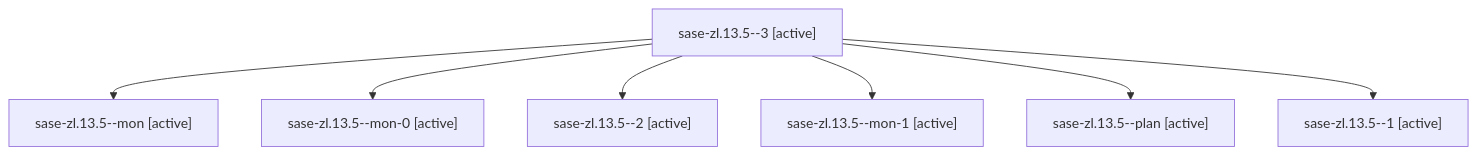
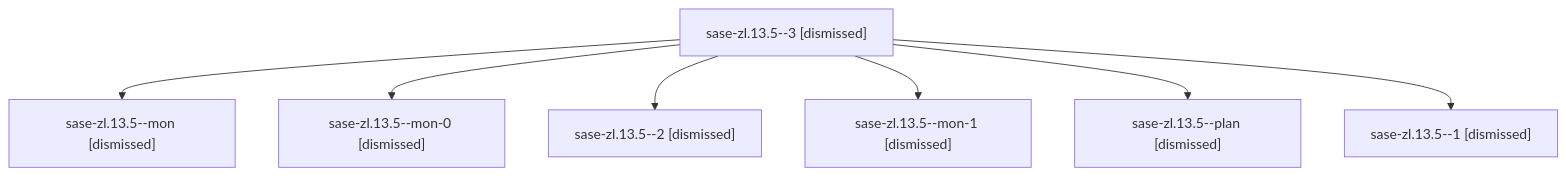
One commit to sase-org/sase--agents changed the diagram in sessions/bbugyi200.athena.sase-zl.13.5.md. Above: the diagram before and after it, drawn with Mermaid. The commit also changed other lines of this file and 211 other files, not shown here.

````diff
--- a/sessions/bbugyi200.athena.sase-zl.13.5.md
+++ b/sessions/bbugyi200.athena.sase-zl.13.5.md
@@ -9,16 +9,16 @@
 ```mermaid
 flowchart TD
-  n0["sase-zl.13.5--3 [active]"]
-  n1["sase-zl.13.5--mon [active]"]
+  n0["sase-zl.13.5--3 [dismissed]"]
+  n1["sase-zl.13.5--mon [dismissed]"]
   n0 --> n1
-  n2["sase-zl.13.5--mon-0 [active]"]
+  n2["sase-zl.13.5--mon-0 [dismissed]"]
   n0 --> n2
-  n3["sase-zl.13.5--2 [active]"]
+  n3["sase-zl.13.5--2 [dismissed]"]
   n0 --> n3
-  n4["sase-zl.13.5--mon-1 [active]"]
+  n4["sase-zl.13.5--mon-1 [dismissed]"]
   n0 --> n4
-  n5["sase-zl.13.5--plan [active]"]
+  n5["sase-zl.13.5--plan [dismissed]"]
   n0 --> n5
-  n6["sase-zl.13.5--1 [active]"]
+  n6["sase-zl.13.5--1 [dismissed]"]
   n0 --> n6
 ```
````
